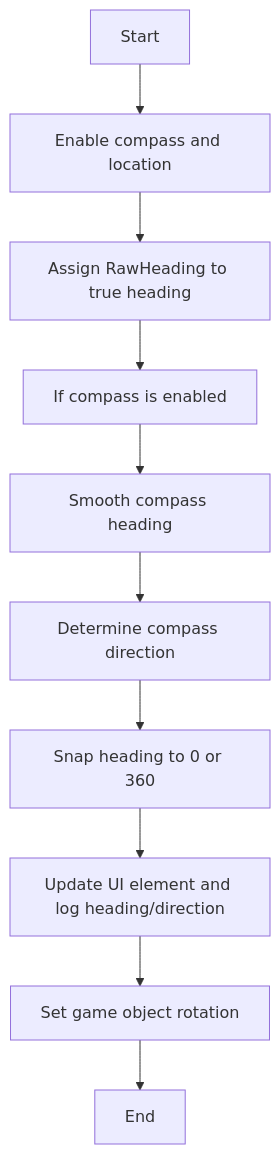
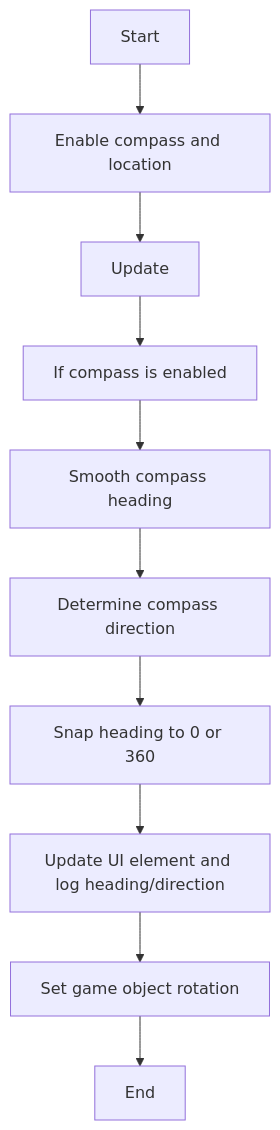
One commit to Bjornraaf/Team-1-Repository changed the second of 2 diagrams in README.md. Above: the diagram before and after it, drawn with Mermaid.

````diff
--- a/README.md
+++ b/README.md
@@ -42,12 +42,12 @@
 ```mermaid
 graph TD;
     A[Start] --> B[Enable compass and location];
     B --> C[Assign RawHeading to true heading];
-    C --> D[If compass is enabled];
+    C[Update] --> D[If compass is enabled];
     D --> E[Smooth compass heading];
     E --> F[Determine compass direction];
     F --> G[Snap heading to 0 or 360];
     G --> H[Update UI element and log heading/direction];
     H --> I[Set game object rotation];
     I --> J[End];
 ```
````
